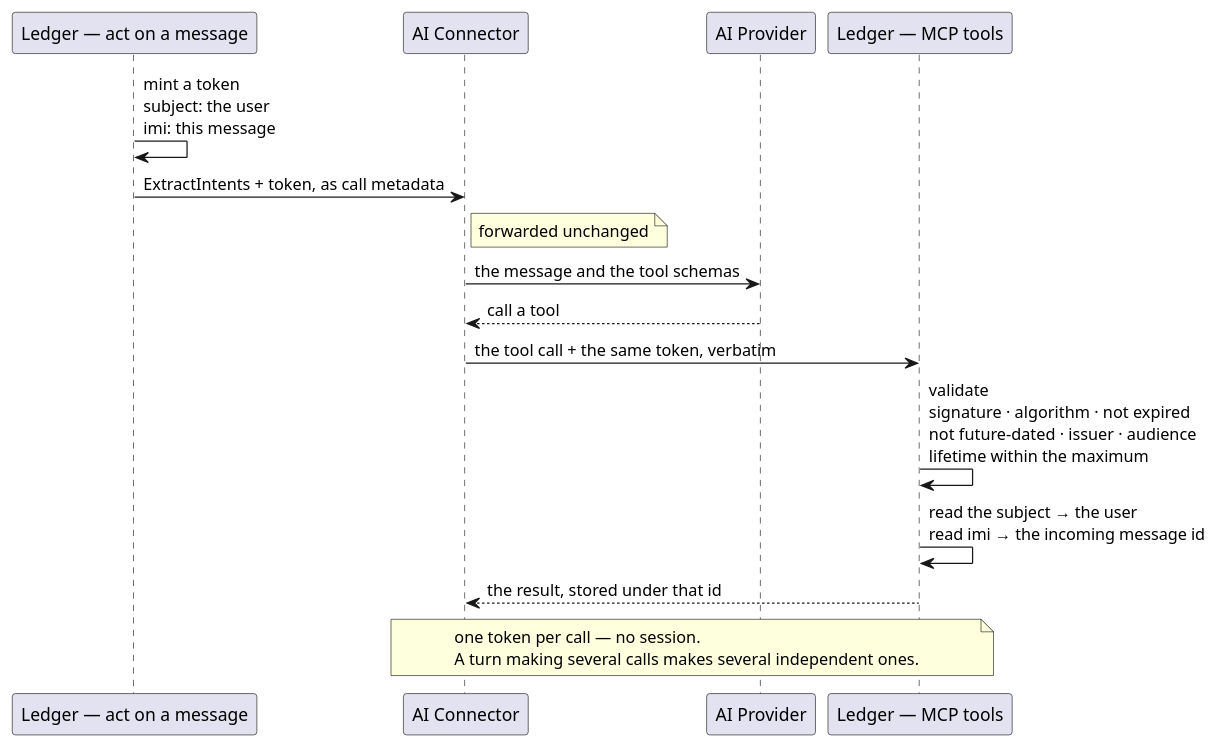
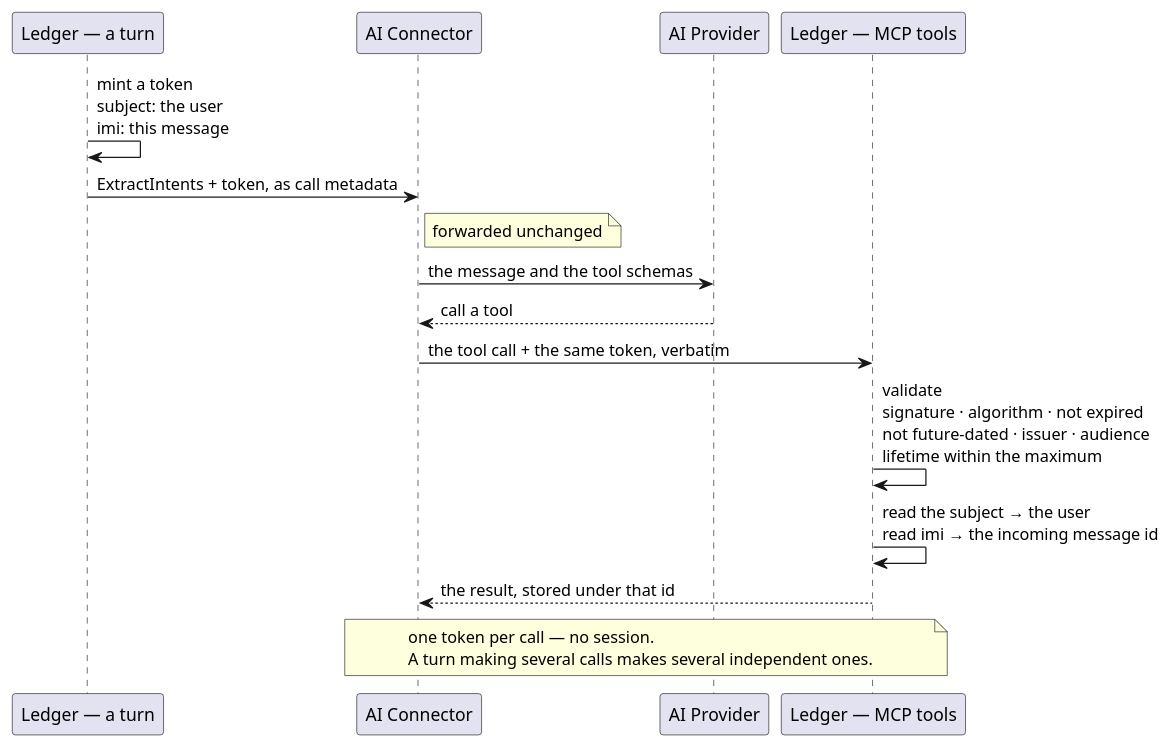
Before and after one commit to ds-usova/finance-bot: the diagram in ledger-service/docs/contracts/in/mcp.md, drawn with PlantUML. The commit also changed other lines of this file and 21 other files, not shown here.

````diff
--- a/ledger-service/docs/contracts/in/mcp.md
+++ b/ledger-service/docs/contracts/in/mcp.md
@@ -78,22 +77,22 @@
 ```plantuml
 @startuml McpCallerToken-Sequence
-participant "Ledger — act on a message" as Turn
+participant "Ledger — a turn" as Turn
 participant "AI Connector" as Connector
 participant "AI Provider" as Provider
 participant "Ledger — MCP tools" as Tools
 
 Turn -> Turn : mint a token\nsubject: the user\nimi: this message
 Turn -> Connector : ExtractIntents + token, as call metadata
 note right of Connector : forwarded unchanged
 
 Connector -> Provider : the message and the tool schemas
 Provider --> Connector : call a tool
 
 Connector -> Tools : the tool call + the same token, verbatim
 Tools -> Tools : validate\nsignature · algorithm · not expired\nnot future-dated · issuer · audience\nlifetime within the maximum
 Tools -> Tools : read the subject → the user\nread imi → the incoming message id
 Tools --> Connector : the result, stored under that id
 
 note over Connector, Tools : one token per call — no session.\nA turn making several calls makes several independent ones.
 @enduml
 ```
````
